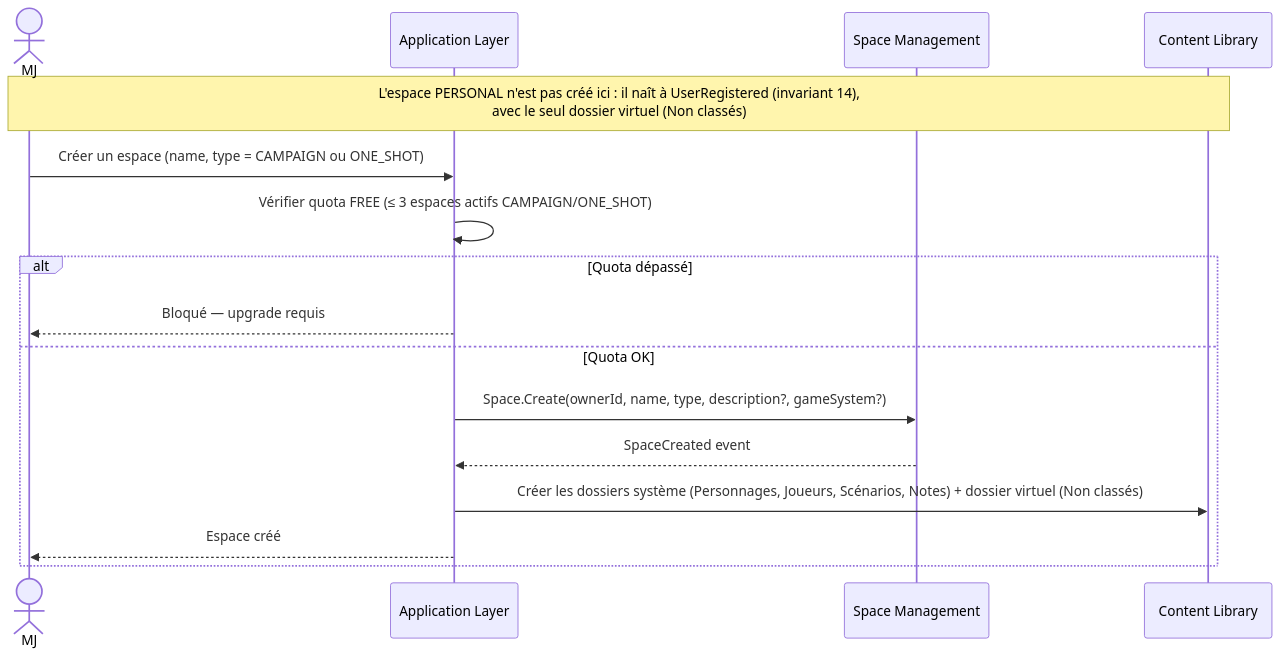
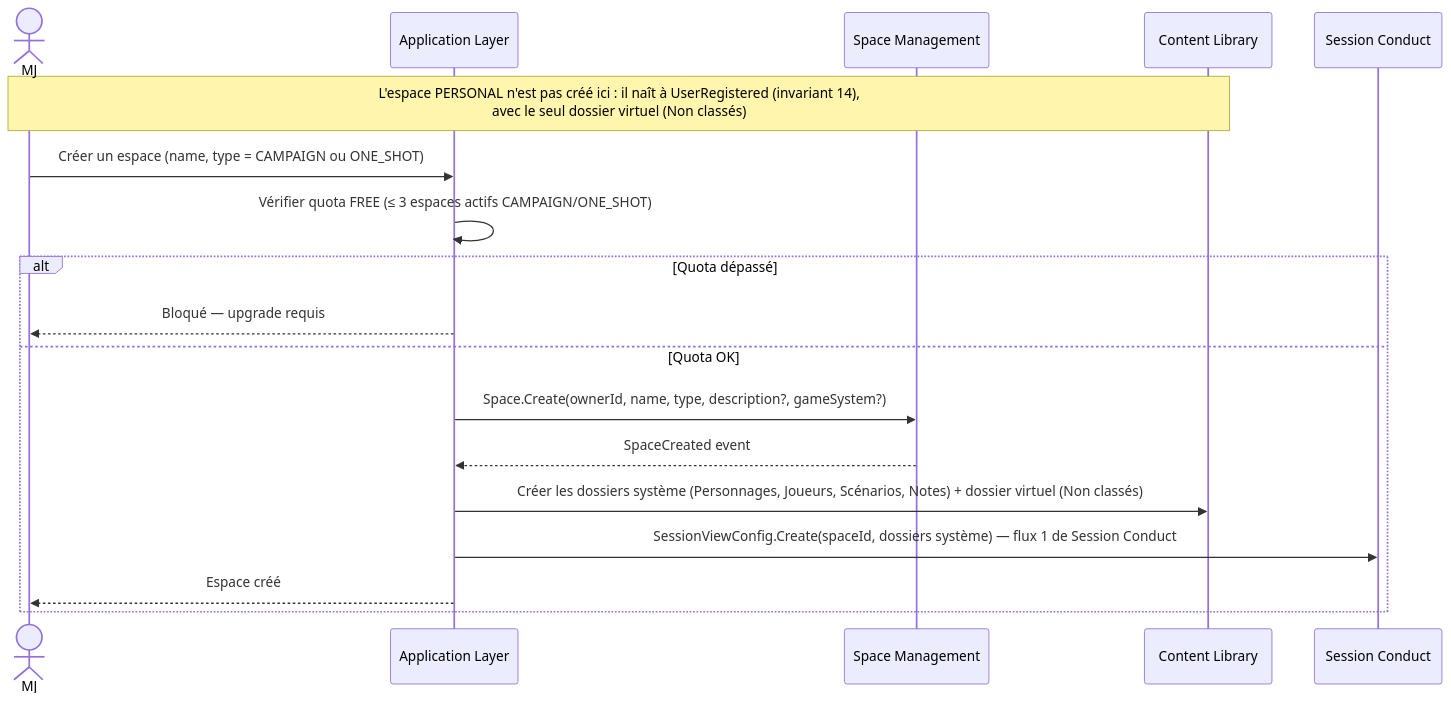
One commit to 2025-10-CDA-ECO-P6/PM-micro-saas changed the first of 7 diagrams in docs/domaine/space-management/flows.md. Above: the diagram before and after it, drawn with Mermaid. The commit also changed 4 other files, not shown here.

First line of the commit message:
docs(domaine): déclare Session Conduct consommateur de SpaceCreated

````diff
--- a/docs/domaine/space-management/flows.md
+++ b/docs/domaine/space-management/flows.md
@@ -5,19 +5,21 @@
 ```mermaid
 sequenceDiagram
     actor MJ
     participant App as Application Layer
     participant SM as Space Management
     participant CL as Content Library
+    participant SC as Session Conduct
 
     Note over MJ,CL: L'espace PERSONAL n'est pas créé ici : il naît à UserRegistered (invariant 14),<br/>avec le seul dossier virtuel (Non classés)
     MJ->>App: Créer un espace (name, type = CAMPAIGN ou ONE_SHOT)
     App->>App: Vérifier quota FREE (≤ 3 espaces actifs CAMPAIGN/ONE_SHOT)
     alt Quota dépassé
         App-->>MJ: Bloqué — upgrade requis
     else Quota OK
         App->>SM: Space.Create(ownerId, name, type, description?, gameSystem?)
         SM-->>App: SpaceCreated event
         App->>CL: Créer les dossiers système (Personnages, Joueurs, Scénarios, Notes) + dossier virtuel (Non classés)
+        App->>SC: SessionViewConfig.Create(spaceId, dossiers système) — flux 1 de Session Conduct
         App-->>MJ: Espace créé
     end
 ```
````
